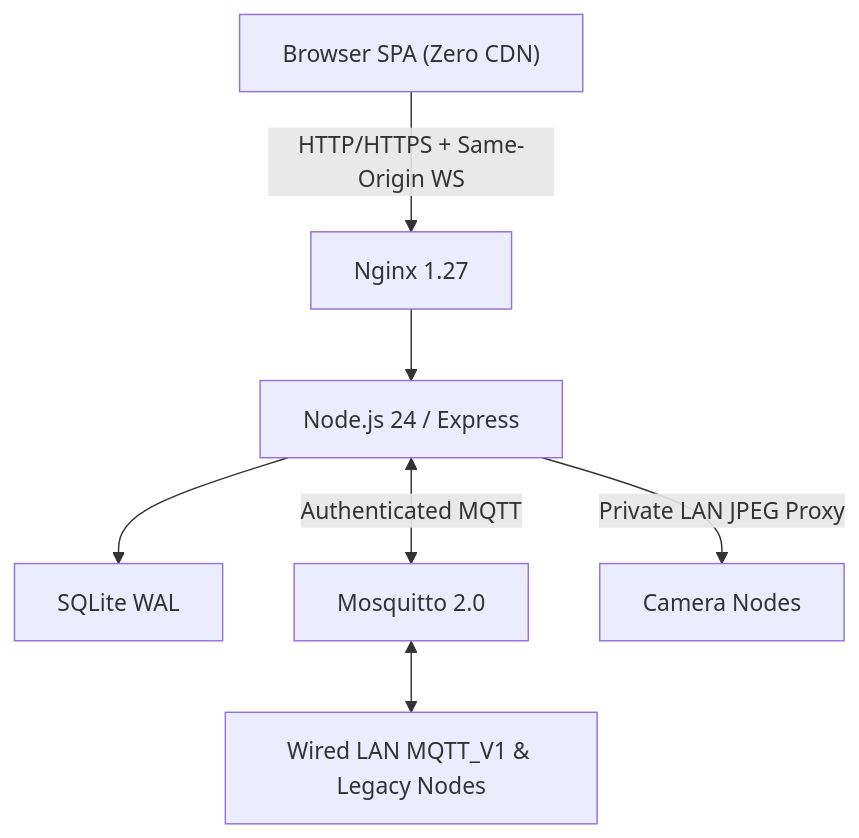
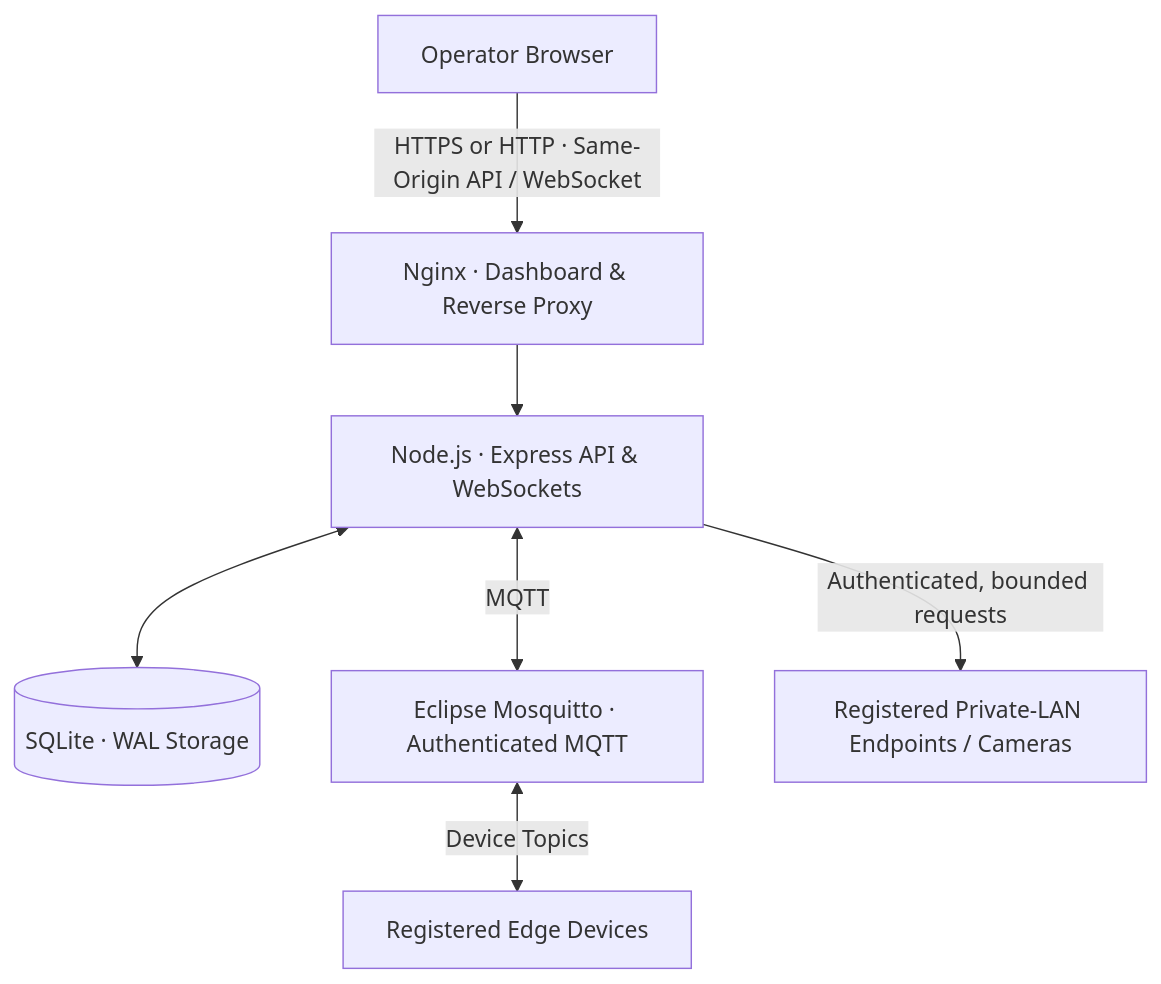
Before and after one commit to AbdullahNSarhan/Smart-Facility-Management-System: the diagram in README.md, drawn with Mermaid. The commit also changed other lines of this file, not shown here.

````diff
--- a/README.md
+++ b/README.md
@@ -36,9 +70,17 @@
 ```mermaid
 flowchart TD
-    Browser["Browser SPA (Zero CDN)"] -->|"HTTP/HTTPS + Same-Origin WS"| Nginx["Nginx 1.27"]
-    Nginx --> API["Node.js 24 / Express"]
-    API --> DB["SQLite WAL"]
-    API <-->|"Authenticated MQTT"| Broker["Mosquitto 2.0"]
-    Broker <--> RoomNodes["Wired LAN MQTT_V1 & Legacy Nodes"]
-    API -->|"Private LAN JPEG Proxy"| Camera["Camera Nodes"]
+    Operator["Operator Browser"]
+    Frontend["Nginx · Dashboard & Reverse Proxy"]
+    Backend["Node.js · Express API & WebSockets"]
+    Database[("SQLite · WAL Storage")]
+    MQTT["Eclipse Mosquitto · Authenticated MQTT"]
+    Devices["Registered Edge Devices"]
+    LAN["Registered Private-LAN Endpoints / Cameras"]
+
+    Operator -->|"HTTPS or HTTP · Same-Origin API / WebSocket"| Frontend
+    Frontend --> Backend
+    Backend <--> Database
+    Backend <-->|"MQTT"| MQTT
+    MQTT <-->|"Device Topics"| Devices
+    Backend -->|"Authenticated, bounded requests"| LAN
 ```
````
